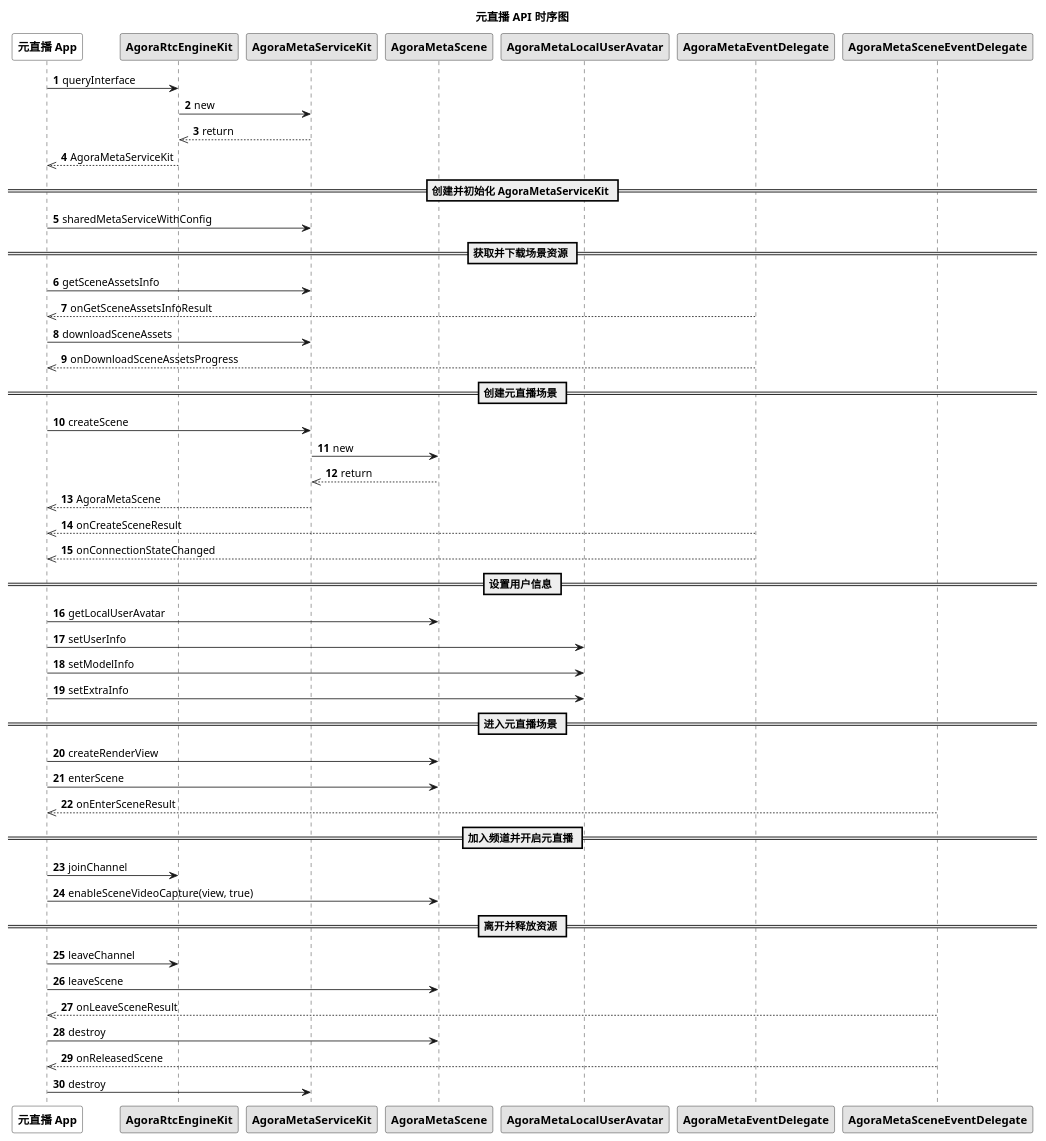
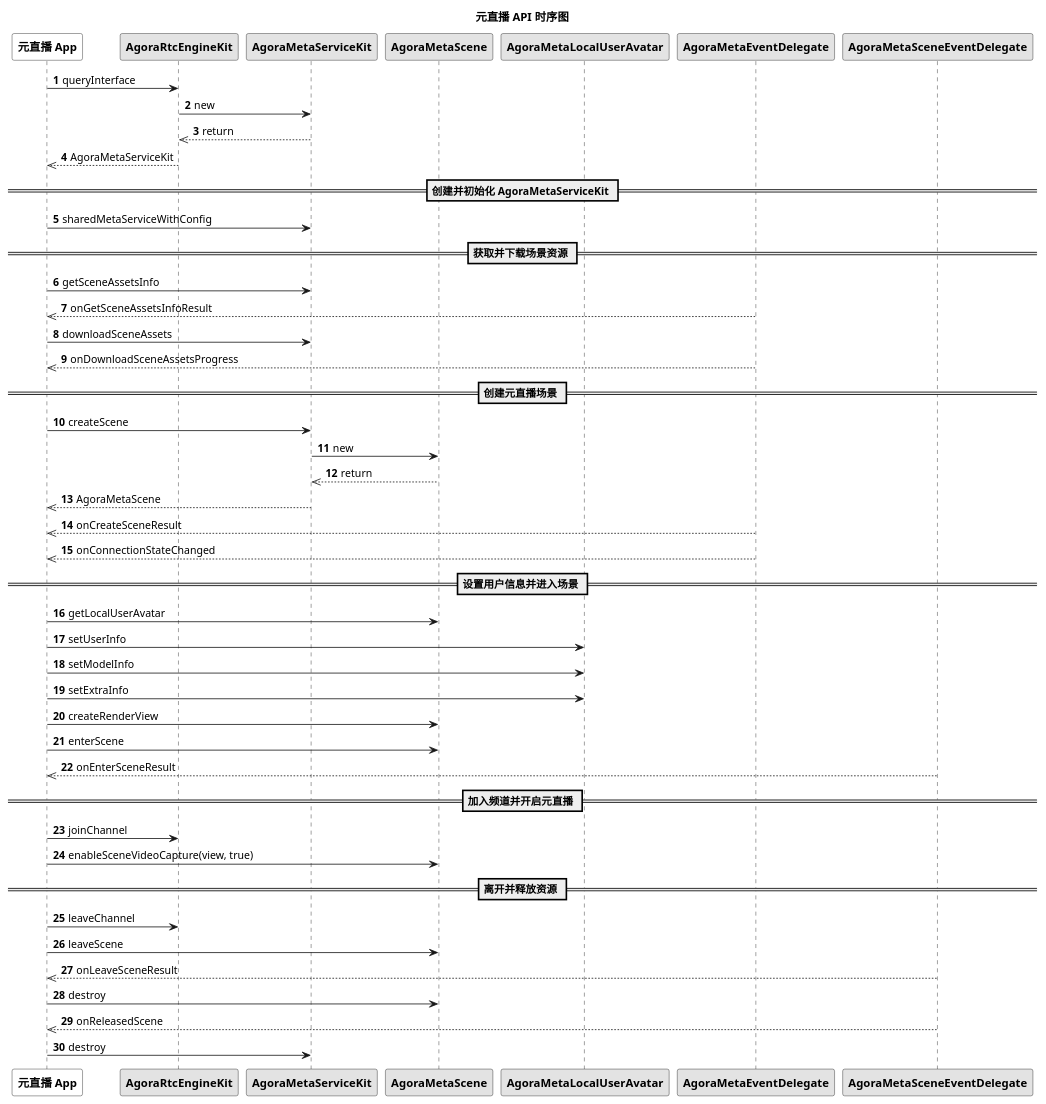
The diagram in markdown/metaworld/pic/ios_ml_api.wsd (AgoraIO/agora_doc_source), drawn with PlantUML before and after one commit. The commit also changed 4 other files, not shown here.

```diff
--- a/markdown/metaworld/pic/ios_ml_api.wsd
+++ b/markdown/metaworld/pic/ios_ml_api.wsd
@@ -1,51 +1,50 @@
 @startuml
 autonumber
 skinparam monochrome true
 
 title 元直播 API 时序图
 participant "<b>元直播 App</b>" as app #White
 participant "<b>AgoraRtcEngineKit</b>" as rtc
 participant "<b>AgoraMetaServiceKit</b>" as service
 participant "<b>AgoraMetaScene</b>" as scene
 participant "<b>AgoraMetaLocalUserAvatar</b>" as avatar
 participant "<b>AgoraMetaEventDelegate</b>" as serviceevent
 participant "<b>AgoraMetaSceneEventDelegate</b>" as sceneevent
 
 app -> rtc: queryInterface
 rtc -> service: new
 service -->> rtc: return
 rtc -->> app: AgoraMetaServiceKit
 == 创建并初始化 AgoraMetaServiceKit ==
 app -> service: sharedMetaServiceWithConfig
 == 获取并下载场景资源 ==
 app -> service: getSceneAssetsInfo
 serviceevent -->> app: onGetSceneAssetsInfoResult
 app -> service: downloadSceneAssets
 serviceevent -->> app: onDownloadSceneAssetsProgress
 == 创建元直播场景 ==
 app -> service: createScene
 service -> scene: new
 scene -->> service: return
 service -->> app: AgoraMetaScene
 serviceevent -->> app: onCreateSceneResult
 serviceevent -->> app: onConnectionStateChanged
-== 设置用户信息 ==
+== 设置用户信息并进入场景 ==
 app -> scene: getLocalUserAvatar
 app -> avatar: setUserInfo
 app -> avatar: setModelInfo
 app -> avatar: setExtraInfo
-== 进入元直播场景 ==
 app -> scene: createRenderView
 app -> scene: enterScene
 sceneevent -->> app: onEnterSceneResult
 == 加入频道并开启元直播 ==
 app -> rtc: joinChannel
 app -> scene: enableSceneVideoCapture(view, true)
 == 离开并释放资源 ==
 app -> rtc: leaveChannel
 app -> scene: leaveScene
 sceneevent -->> app: onLeaveSceneResult
 app -> scene: destroy
 sceneevent -->> app: onReleasedScene
 app -> service: destroy
 @enduml
```
